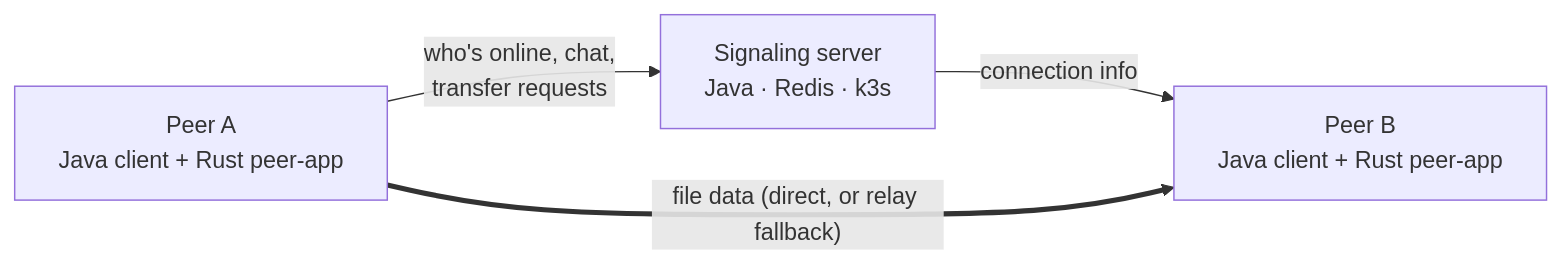
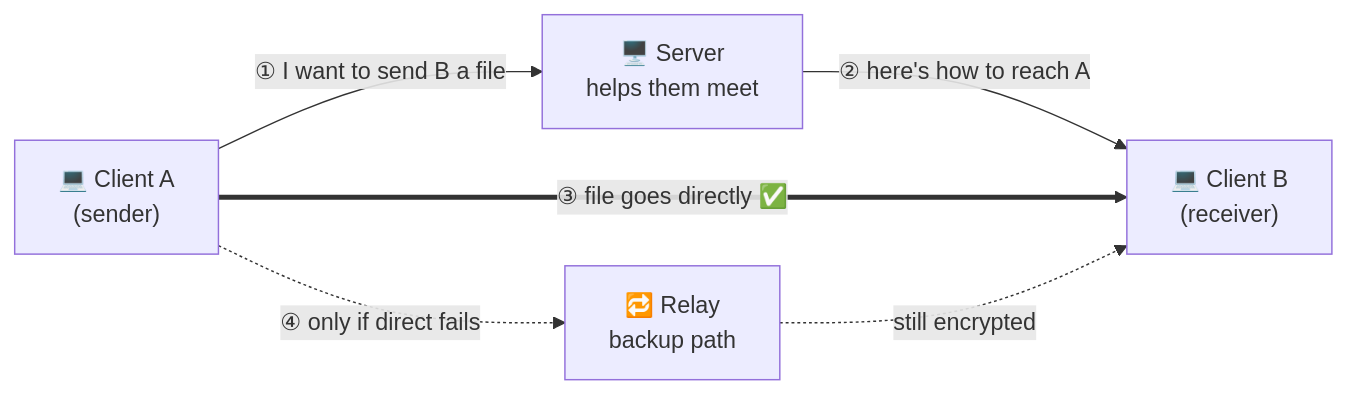
Before and after one commit to shobhit157/Aperture: the diagram in README.md, drawn with Mermaid. The commit also changed other lines of this file, not shown here.

````diff
--- a/README.md
+++ b/README.md
@@ -13,10 +7,13 @@
 ```mermaid
 flowchart LR
-    A["Peer A<br/>Java client + Rust peer-app"]
-    B["Peer B<br/>Java client + Rust peer-app"]
-    S["Signaling server<br/>Java · Redis · k3s"]
+    A["💻 Client A<br/>(sender)"]
+    B["💻 Client B<br/>(receiver)"]
+    S["🖥️ Server<br/>helps them meet"]
+    R["🔁 Relay<br/>backup path"]
 
-    A -- "who's online, chat,<br/>transfer requests" --> S
-    S -- "connection info" --> B
-    A == "file data (direct, or relay fallback)" ==> B
+    A -- "① I want to send B a file" --> S
+    S -- "② here's how to reach A" --> B
+    A == "③ file goes directly ✅" ==> B
+    A -. "④ only if direct fails" .-> R
+    R -. "still encrypted" .-> B
 ```
````
